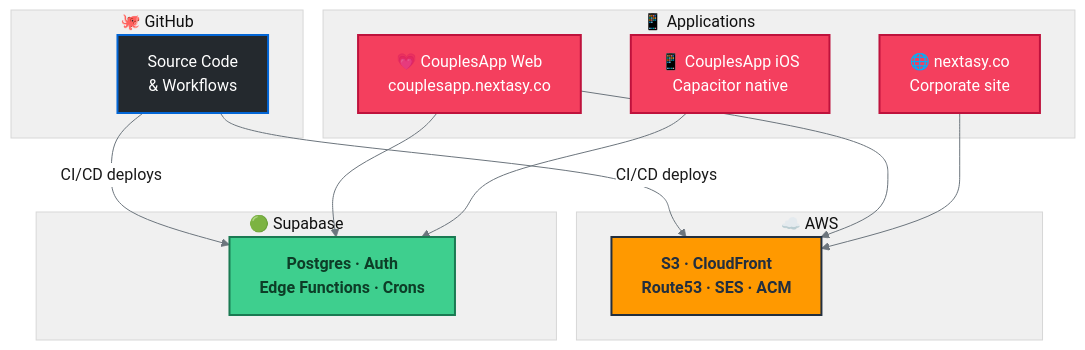
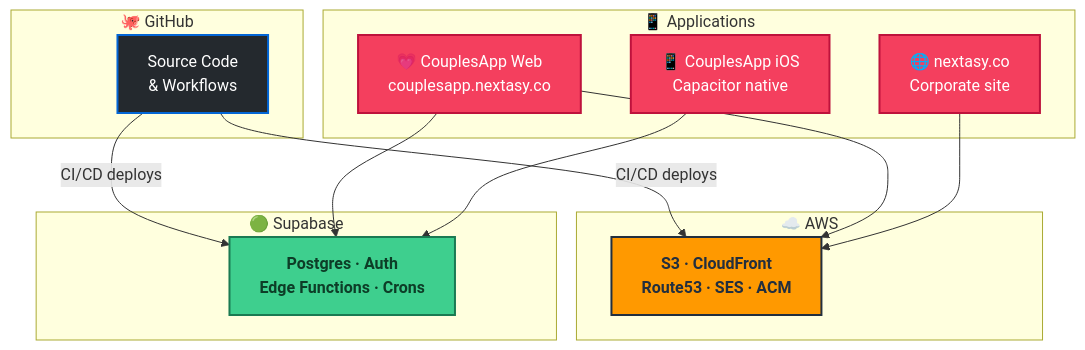
The first of 5 diagrams in README.md (marcuss/nextasyapps-infra), drawn with Mermaid before and after one commit. The commit also changed other lines of this file, not shown here.

Commit message:
fix: remove %%{init}%% Mermaid theme blocks (break GitHub rendering) + update prod diagram

````diff
--- a/README.md
+++ b/README.md
@@ -19,38 +19,37 @@
 ```mermaid
-%%{init: {'theme': 'base', 'themeVariables': {'primaryColor': '#f8f9fa', 'primaryTextColor': '#1a1a1a', 'primaryBorderColor': '#dee2e6', 'lineColor': '#6c757d', 'secondaryColor': '#ffffff', 'tertiaryColor': '#f0f0f0', 'background': '#ffffff', 'edgeLabelBackground': '#ffffff', 'fontFamily': 'ui-monospace, monospace'}}}%%
 graph TB
     subgraph APPS["📱 Applications"]
         APP_WEB["💗 CouplesApp Web\ncouplesapp.nextasy.co"]
         APP_IOS["📱 CouplesApp iOS\nCapacitor native"]
         APP_SITE["🌐 nextasy.co\nCorporate site"]
     end
 
     subgraph GH["🐙 GitHub"]
         GH_CODE["Source Code\n& Workflows"]
     end
 
     subgraph AWS["☁️ AWS"]
         AWS_INFRA["S3 · CloudFront\nRoute53 · SES · ACM"]
     end
 
     subgraph SB["🟢 Supabase"]
         SB_INFRA["Postgres · Auth\nEdge Functions · Crons"]
     end
 
     GH_CODE -->|"CI/CD deploys"| AWS_INFRA
     GH_CODE -->|"CI/CD deploys"| SB_INFRA
     APP_WEB --> AWS_INFRA
     APP_WEB --> SB_INFRA
     APP_IOS --> SB_INFRA
     APP_SITE --> AWS_INFRA
 
     classDef app fill:#f43f5e,stroke:#be123c,stroke-width:2px,color:#ffffff
     classDef github fill:#24292E,stroke:#0366D6,stroke-width:2px,color:#ffffff
     classDef awsStyle fill:#FF9900,stroke:#232F3E,stroke-width:2px,color:#232F3E,font-weight:bold
     classDef supabase fill:#3ECF8E,stroke:#1a7a52,stroke-width:2px,color:#0d3d27,font-weight:bold
 
     class APP_WEB,APP_IOS,APP_SITE app
     class GH_CODE github
     class AWS_INFRA awsStyle
     class SB_INFRA supabase
 ```
````
